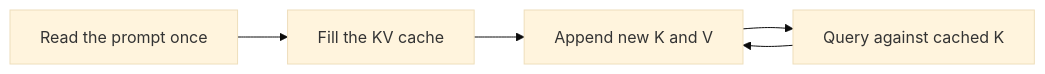
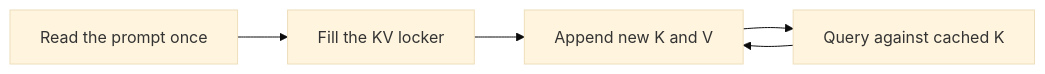
Before and after one commit to vijaykumarjob0701/theintelliwise: the first of 4 diagrams in _posts/2026-09-24-kv-cache-sticky-notes.md, drawn with Mermaid (base theme). The commit also changed other lines of this file and 12 other files, not shown here.

````diff
--- a/_posts/2026-09-24-kv-cache-sticky-notes.md
+++ b/_posts/2026-09-24-kv-cache-sticky-notes.md
@@ -19,7 +34,7 @@
 ```mermaid
 flowchart LR
-  A[Read the prompt once] --> B[Fill the KV cache]
+  A[Read the prompt once] --> B[Fill the KV locker]
   B --> C[Append new K and V]
   C --> D[Query against cached K]
   D --> C
 ```
````
